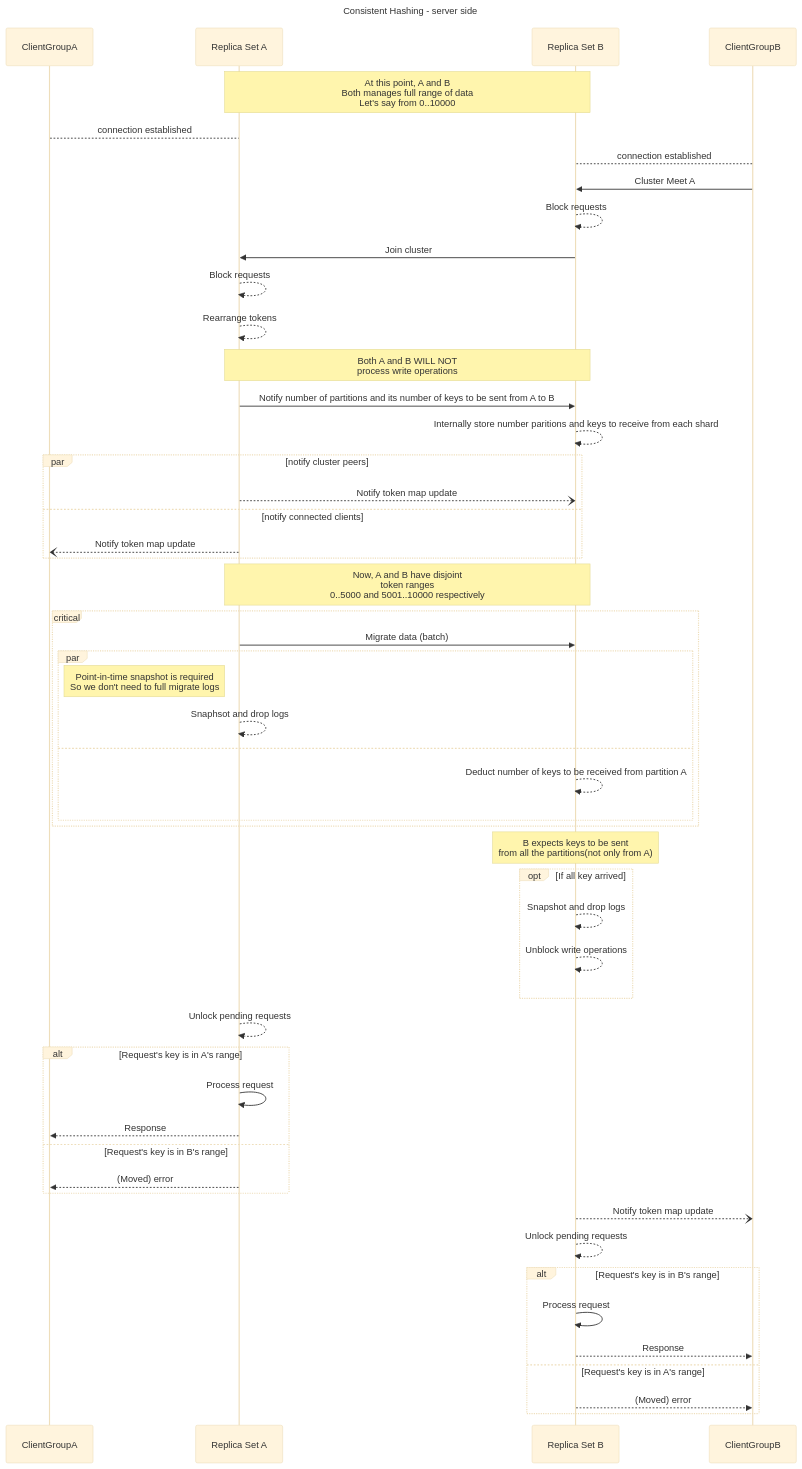
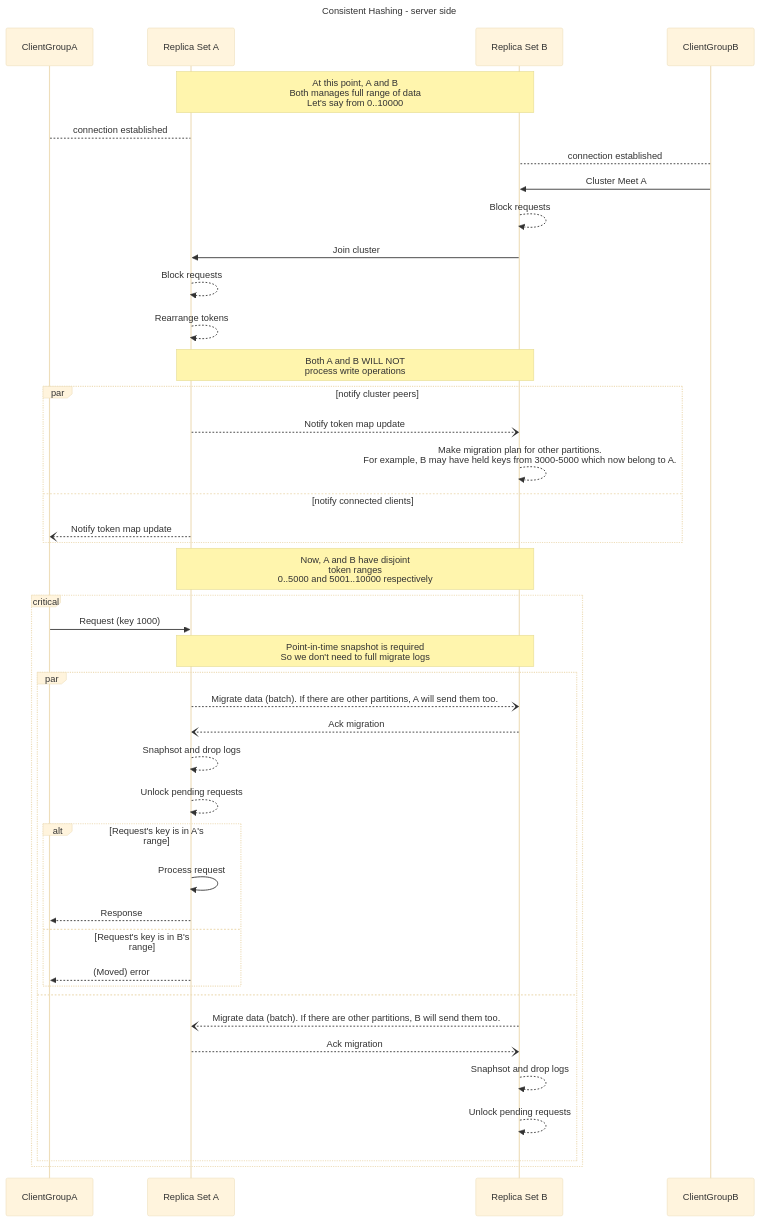
The diagram in diagrams/consistent-hashing-server.mmd (Migorithm/duva), drawn with Mermaid (base theme) before and after one commit. The commit also changed 1 other file, not shown here.

```diff
--- a/diagrams/consistent-hashing-server.mmd
+++ b/diagrams/consistent-hashing-server.mmd
@@ -1,79 +1,64 @@
 ---
 title: Consistent Hashing - server side
 ---
 sequenceDiagram
     participant C1 as ClientGroupA
     
     participant A as Replica Set A
     participant B as Replica Set B
     
     participant C2 as ClientGroupB
 
 
     Note over A,B : At this point, A and B<br>Both manages full range of data<br>Let's say from 0..10000
     
     C1 --> A: connection established
     C2 --> B: connection established
 
     C2 ->> B: Cluster Meet A
 
     B -->> B : Block requests
     B ->> A : Join cluster
     A -->> A: Block requests
     A -->> A: Rearrange tokens
 
     note over A,B : Both A and B WILL NOT<br>process write operations
 
-    A ->> B : Notify number of partitions and its number of keys to be sent from A to B
-    B -->> B : Internally store number paritions and keys to receive from each shard  
+    
+    
+    par notify cluster peers
+
+    
+    A --) B : Notify token map update
+    B -->> B : Make migration plan for other partitions.<br>For example, B may have held keys from 3000-5000 which now belong to A.
 
 
-
-    
-    par notify cluster peers
-    A --) B : Notify token map update
     and notify connected clients
     A --) C1 : Notify token map update
     end
 
     Note over A,B: Now, A and B have disjoint<br>token ranges<br>0..5000 and 5001..10000 respectively
 
     critical 
-        A ->> B: Migrate data (batch)
+    C1 ->> A: Request (key 1000)
 
+        Note over A, B: Point-in-time snapshot is required<br>So we don't need to full migrate logs
         par
-            Note left of A: Point-in-time snapshot is required<br>So we don't need to full migrate logs
+            A --) B: Migrate data (batch). If there are other partitions, A will send them too.
+            B --) A: Ack migration
             A -->> A: Snaphsot and drop logs
+            A -->> A: Unlock pending requests
+            alt Request's key is in A's range
+                A ->> A: Process request
+                A -->> C1: Response
+            else Request's key is in B's range
+                A -->> C1: (Moved) error
+            end
+
         and 
-            B -->> B: Deduct number of keys to be received from partition A
+            B --) A: Migrate data (batch). If there are other partitions, B will send them too.
+            A --) B: Ack migration
+            B -->> B: Snaphsot and drop logs
+            B -->> B: Unlock pending requests
         end
     end
-
-
-    Note over B : B expects keys to be sent<br>from all the partitions(not only from A)
-    
-    opt If all key arrived
-        B -->> B: Snapshot and drop logs
-        B -->> B: Unblock write operations
-    end
-
-    A -->> A: Unlock pending requests
-    alt Request's key is in A's range
-        A ->> A: Process request
-        A -->> C1: Response
-    else Request's key is in B's range
-        A -->> C1: (Moved) error
-    end
-
-
-
-
-    B --) C2 : Notify token map update
-    B -->> B: Unlock pending requests
-
-    alt Request's key is in B's range
-        B ->> B: Process request
-        B -->> C2: Response
-    else Request's key is in A's range
-        B -->> C2: (Moved) error
-    end
```
